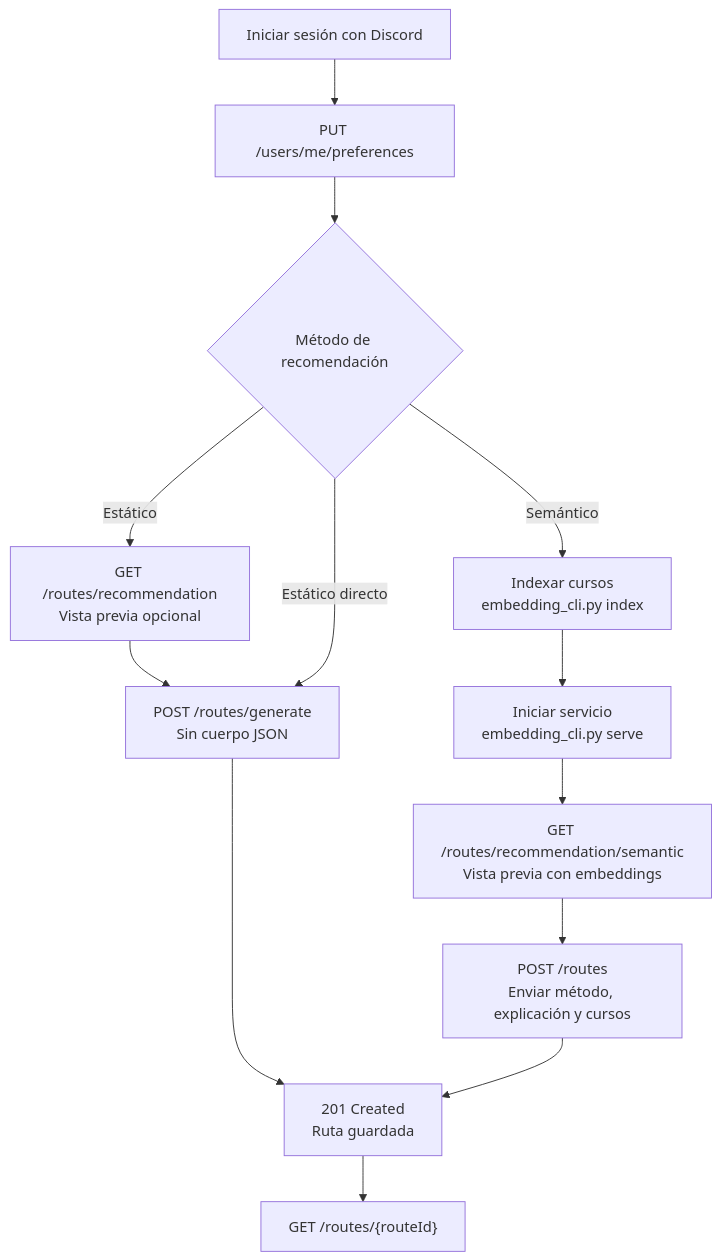
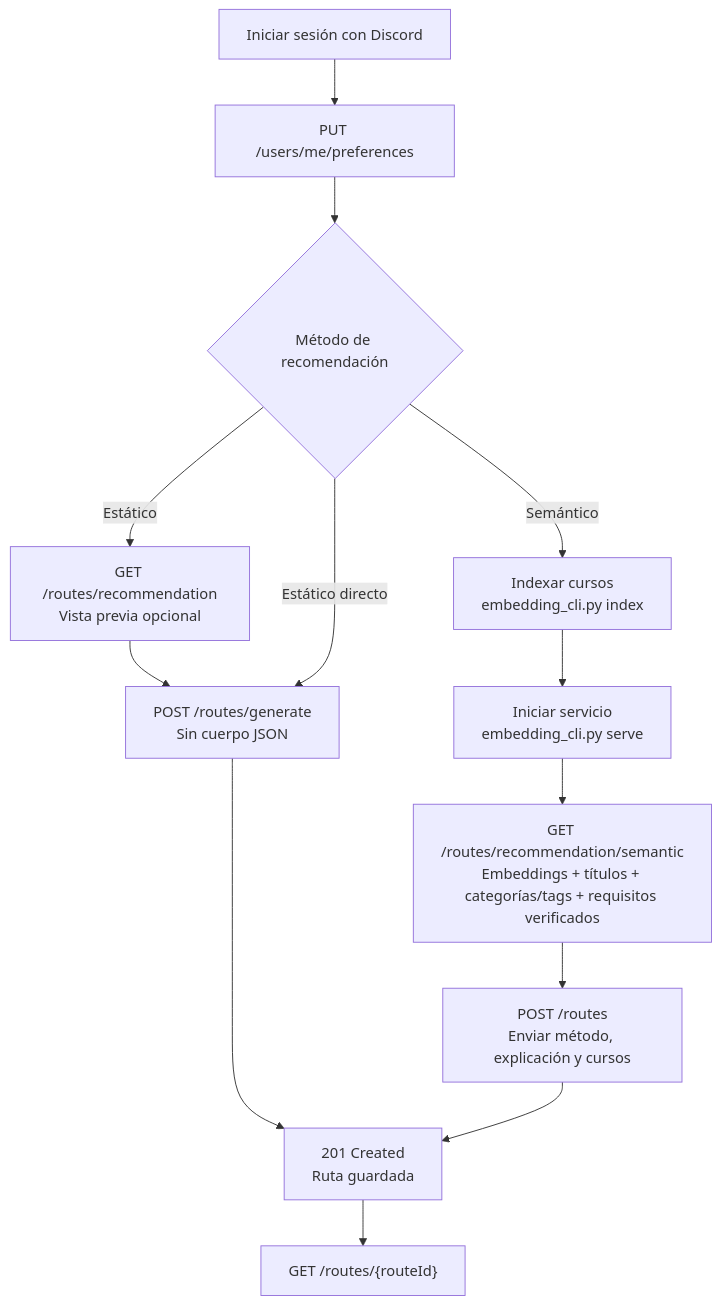
One commit to optarys-dev/learning-path changed the diagram in backend/README.md. Above: the diagram before and after it, drawn with Mermaid. The commit also changed other lines of this file and 10 other files, not shown here.

````diff
--- a/backend/README.md
+++ b/backend/README.md
@@ -51,15 +51,15 @@
 ```mermaid
 flowchart TD
     A["Iniciar sesión con Discord"] --> B["PUT /users/me/preferences"]
     B --> C{"Método de recomendación"}
     C -->|Estático| D["GET /routes/recommendation<br/>Vista previa opcional"]
     D --> E["POST /routes/generate<br/>Sin cuerpo JSON"]
     C -->|Estático directo| E
     C -->|Semántico| F["Indexar cursos<br/>embedding_cli.py index"]
     F --> G["Iniciar servicio<br/>embedding_cli.py serve"]
-    G --> H["GET /routes/recommendation/semantic<br/>Vista previa con embeddings"]
+    G --> H["GET /routes/recommendation/semantic<br/>Embeddings + títulos + categorías/tags + requisitos verificados"]
     H --> I["POST /routes<br/>Enviar método, explicación y cursos"]
     E --> J["201 Created<br/>Ruta guardada"]
     I --> J
     J --> K["GET /routes/{routeId}"]
 ```
````
